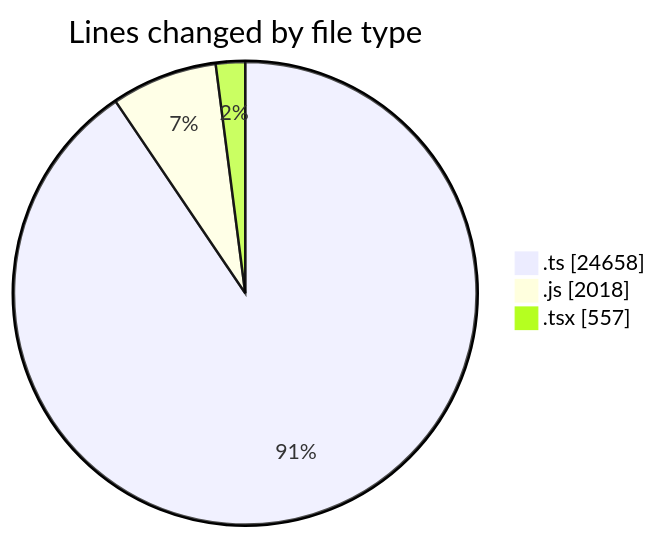
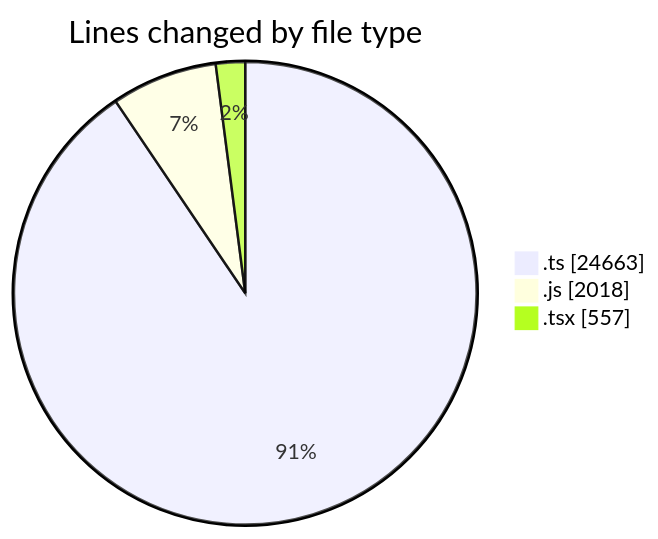
The first of 2 diagrams in 2025-06-20/cda/README.md (momahboobian/code-tracking), drawn with Mermaid before and after one commit. The commit also changed other lines of this file and 1 other file, not shown here.

````diff
--- a/2025-06-20/cda/README.md
+++ b/2025-06-20/cda/README.md
@@ -40,7 +40,7 @@
 ```mermaid
 pie showData
 title Lines changed by file type
-".ts" : 24658
+".ts" : 24663
 ".js" : 2018
 ".tsx" : 557
 ```
````
